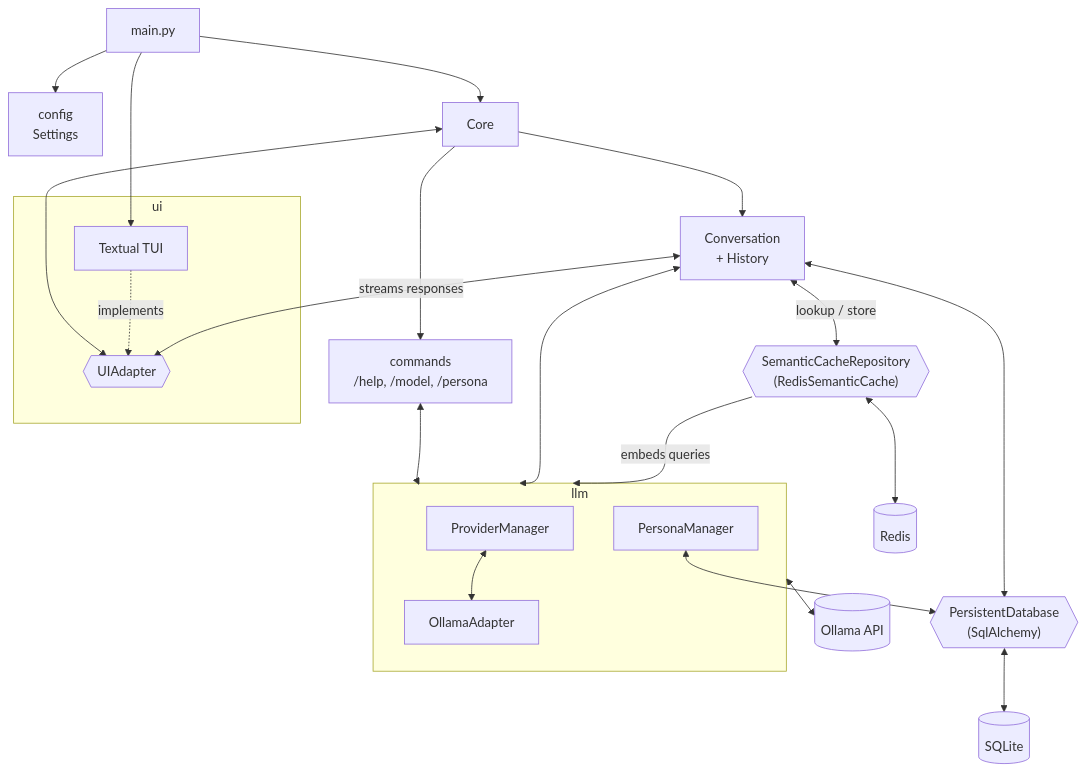
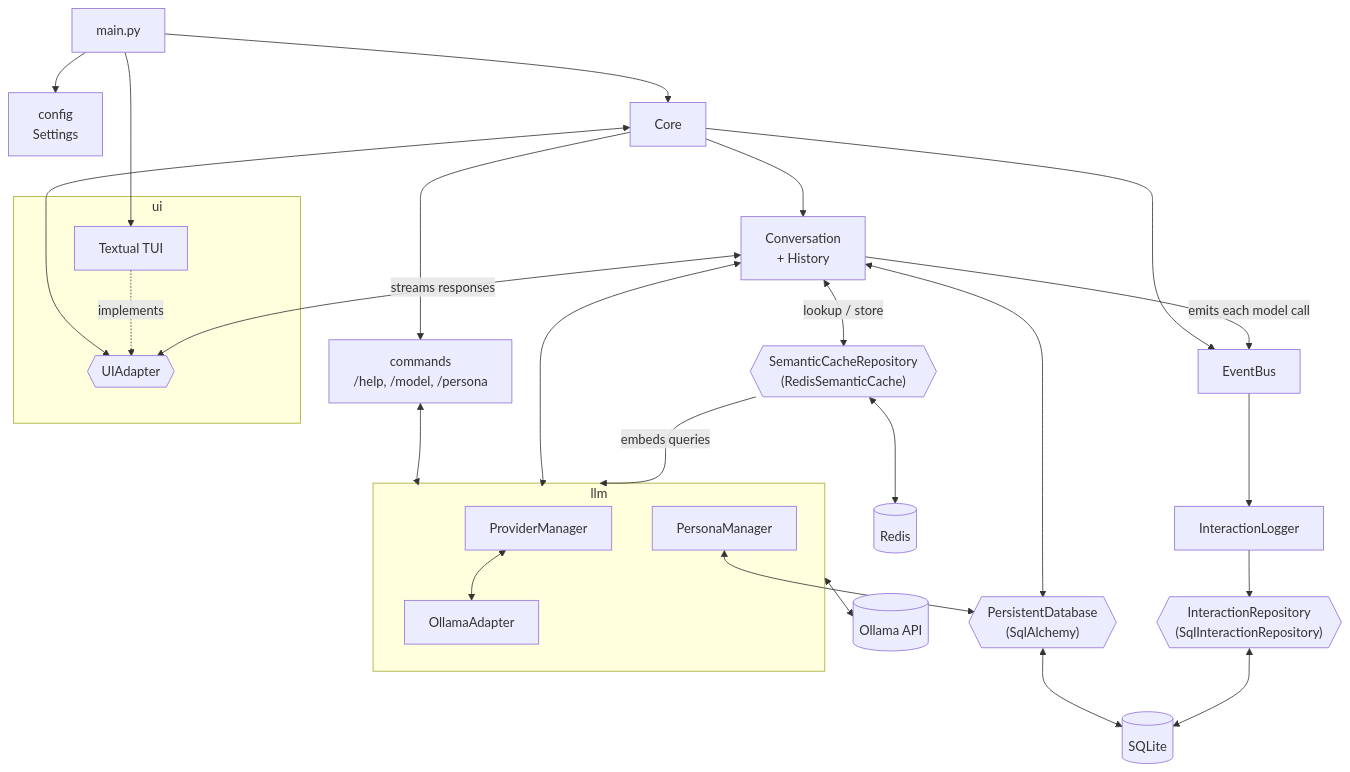
Before and after one commit to EstebanPeroz/Sensai: the diagram in docs/architecture/current_architecture.md, drawn with Mermaid. The commit also changed other lines of this file and 30 other files, not shown here.

First line of the commit message:
feat(monitoring): log every call to the model (#74)

````diff
--- a/docs/architecture/current_architecture.md
+++ b/docs/architecture/current_architecture.md
@@ -5,51 +5,60 @@
 ```mermaid
 flowchart TB
     MAIN["main.py"]
     CONFIG["config<br/>Settings"]
     CORE["Core"]
 
     subgraph UI["ui"]
         UIA{{"UIAdapter"}}
         TUI["Textual TUI"]
     end
 
     CMDS["commands<br/>/help, /model, /persona"]
     CONV["Conversation<br/>+ History"]
 
     subgraph LLM["llm"]
         PM["ProviderManager"]
         OLLAMA["OllamaAdapter"]
         PERSONA["PersonaManager"]
     end
 
     DB{{"PersistentDatabase<br/>(SqlAlchemy)"}}
     CACHE{{"SemanticCacheRepository<br/>(RedisSemanticCache)"}}
+    BUS["EventBus"]
+    LOGGER["InteractionLogger"]
+    INTERACTIONS{{"InteractionRepository<br/>(SqlInteractionRepository)"}}
 
     OLLAMAAPI[("Ollama API")]
     SQLITE[("SQLite")]
     REDIS[("Redis")]
 
     MAIN --> CONFIG
     MAIN --> TUI
     MAIN --> CORE
 
     CORE <--> UIA
     CORE --> CMDS
     CORE --> CONV
 
     TUI -.->|implements| UIA
 
     CMDS <--> LLM
 
     CONV <--> LLM
     CONV <--> DB
     CONV <-->|lookup / store| CACHE
     CONV <-->|streams responses| UIA
 
     PM <--> OLLAMA
     LLM <--> OLLAMAAPI
     PERSONA <--> DB
     DB <--> SQLITE
     CACHE <--> REDIS
     CACHE -->|embeds queries| LLM
+
+    CORE --> BUS
+    CONV -->|emits each model call| BUS
+    BUS --> LOGGER
+    LOGGER --> INTERACTIONS
+    INTERACTIONS <--> SQLITE
 ```
````
